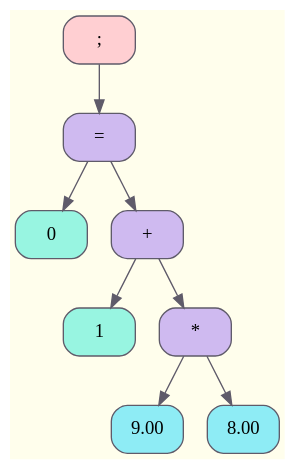
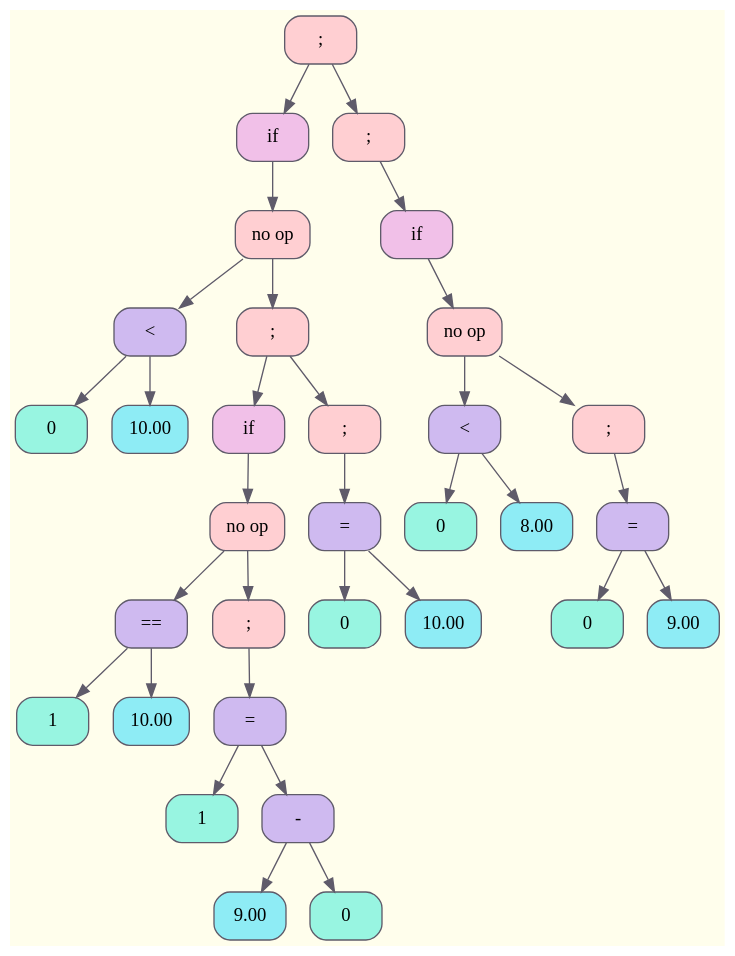
Before and after one commit to ksshkh/language: the diagram in debug/tree.dot, drawn with Graphviz. The commit also changed 8 other files, not shown here.

```diff
--- a/debug/tree.dot
+++ b/debug/tree.dot
@@ -1,21 +1,69 @@
 digraph Tree {
 	rankdir = TB;
 	node [shape = record];
 	edge [color = "#5F5B6A"];
 	bgcolor = "#FFFEEC";
-	node0x5e495266f750 [color = "#5F5B6A", shape = Mrecord, style = filled, fillcolor = "#FFCFD2", label = "{;}"];
-		node0x5e495266f750 -> node0x5e495266f780
-	node0x5e495266f780 [color = "#5F5B6A", shape = Mrecord, style = filled, fillcolor = "#CFBAF0", label = "{=}"];
-		node0x5e495266f780 -> node0x5e495266f7b0
-	node0x5e495266f7b0 [color = "#5F5B6A", shape = Mrecord, style = filled, fillcolor = "#98F5E1", label = "{0}"];
-		node0x5e495266f780 -> node0x5e495266f7e0
-	node0x5e495266f7e0 [color = "#5F5B6A", shape = Mrecord, style = filled, fillcolor = "#CFBAF0", label = "{+}"];
-		node0x5e495266f7e0 -> node0x5e495266f810
-	node0x5e495266f810 [color = "#5F5B6A", shape = Mrecord, style = filled, fillcolor = "#98F5E1", label = "{1}"];
-		node0x5e495266f7e0 -> node0x5e495266f840
-	node0x5e495266f840 [color = "#5F5B6A", shape = Mrecord, style = filled, fillcolor = "#CFBAF0", label = "{*}"];
-		node0x5e495266f840 -> node0x5e495266f870
-	node0x5e495266f870 [color = "#5F5B6A", shape = Mrecord, style = filled, fillcolor = "#8EECF5", label = "{9.00}"];
-		node0x5e495266f840 -> node0x5e495266f8a0
-	node0x5e495266f8a0 [color = "#5F5B6A", shape = Mrecord, style = filled, fillcolor = "#8EECF5", label = "{8.00}"];
+	node0x5e81530fff50 [color = "#5F5B6A", shape = Mrecord, style = filled, fillcolor = "#FFCFD2", label = "{;}"];
+		node0x5e81530fff50 -> node0x5e81530fff80
+	node0x5e81530fff80 [color = "#5F5B6A", shape = Mrecord, style = filled, fillcolor = "#F1C0E8", label = "{if}"];
+		node0x5e81530fff80 -> node0x5e81530fffb0
+	node0x5e81530fffb0 [color = "#5F5B6A", shape = Mrecord, style = filled, fillcolor = "#FFCFD2", label = "{no op}"];
+		node0x5e81530fffb0 -> node0x5e81530fffe0
+	node0x5e81530fffe0 [color = "#5F5B6A", shape = Mrecord, style = filled, fillcolor = "#CFBAF0", label = "{&lt;}"];
+		node0x5e81530fffe0 -> node0x5e8153100010
+	node0x5e8153100010 [color = "#5F5B6A", shape = Mrecord, style = filled, fillcolor = "#98F5E1", label = "{0}"];
+		node0x5e81530fffe0 -> node0x5e8153100040
+	node0x5e8153100040 [color = "#5F5B6A", shape = Mrecord, style = filled, fillcolor = "#8EECF5", label = "{10.00}"];
+		node0x5e81530fffb0 -> node0x5e8153100070
+	node0x5e8153100070 [color = "#5F5B6A", shape = Mrecord, style = filled, fillcolor = "#FFCFD2", label = "{;}"];
+		node0x5e8153100070 -> node0x5e81531000a0
+	node0x5e81531000a0 [color = "#5F5B6A", shape = Mrecord, style = filled, fillcolor = "#F1C0E8", label = "{if}"];
+		node0x5e81531000a0 -> node0x5e81531000d0
+	node0x5e81531000d0 [color = "#5F5B6A", shape = Mrecord, style = filled, fillcolor = "#FFCFD2", label = "{no op}"];
+		node0x5e81531000d0 -> node0x5e8153100100
+	node0x5e8153100100 [color = "#5F5B6A", shape = Mrecord, style = filled, fillcolor = "#CFBAF0", label = "{==}"];
+		node0x5e8153100100 -> node0x5e8153100130
+	node0x5e8153100130 [color = "#5F5B6A", shape = Mrecord, style = filled, fillcolor = "#98F5E1", label = "{1}"];
+		node0x5e8153100100 -> node0x5e8153100160
+	node0x5e8153100160 [color = "#5F5B6A", shape = Mrecord, style = filled, fillcolor = "#8EECF5", label = "{10.00}"];
+		node0x5e81531000d0 -> node0x5e8153100190
+	node0x5e8153100190 [color = "#5F5B6A", shape = Mrecord, style = filled, fillcolor = "#FFCFD2", label = "{;}"];
+		node0x5e8153100190 -> node0x5e81531001c0
+	node0x5e81531001c0 [color = "#5F5B6A", shape = Mrecord, style = filled, fillcolor = "#CFBAF0", label = "{=}"];
+		node0x5e81531001c0 -> node0x5e81531001f0
+	node0x5e81531001f0 [color = "#5F5B6A", shape = Mrecord, style = filled, fillcolor = "#98F5E1", label = "{1}"];
+		node0x5e81531001c0 -> node0x5e8153100220
+	node0x5e8153100220 [color = "#5F5B6A", shape = Mrecord, style = filled, fillcolor = "#CFBAF0", label = "{-}"];
+		node0x5e8153100220 -> node0x5e8153100250
+	node0x5e8153100250 [color = "#5F5B6A", shape = Mrecord, style = filled, fillcolor = "#8EECF5", label = "{9.00}"];
+		node0x5e8153100220 -> node0x5e8153100280
+	node0x5e8153100280 [color = "#5F5B6A", shape = Mrecord, style = filled, fillcolor = "#98F5E1", label = "{0}"];
+		node0x5e8153100070 -> node0x5e81531002b0
+	node0x5e81531002b0 [color = "#5F5B6A", shape = Mrecord, style = filled, fillcolor = "#FFCFD2", label = "{;}"];
+		node0x5e81531002b0 -> node0x5e81531002e0
+	node0x5e81531002e0 [color = "#5F5B6A", shape = Mrecord, style = filled, fillcolor = "#CFBAF0", label = "{=}"];
+		node0x5e81531002e0 -> node0x5e8153100310
+	node0x5e8153100310 [color = "#5F5B6A", shape = Mrecord, style = filled, fillcolor = "#98F5E1", label = "{0}"];
+		node0x5e81531002e0 -> node0x5e8153100340
+	node0x5e8153100340 [color = "#5F5B6A", shape = Mrecord, style = filled, fillcolor = "#8EECF5", label = "{10.00}"];
+		node0x5e81530fff50 -> node0x5e8153100370
+	node0x5e8153100370 [color = "#5F5B6A", shape = Mrecord, style = filled, fillcolor = "#FFCFD2", label = "{;}"];
+		node0x5e8153100370 -> node0x5e81531003a0
+	node0x5e81531003a0 [color = "#5F5B6A", shape = Mrecord, style = filled, fillcolor = "#F1C0E8", label = "{if}"];
+		node0x5e81531003a0 -> node0x5e81531003d0
+	node0x5e81531003d0 [color = "#5F5B6A", shape = Mrecord, style = filled, fillcolor = "#FFCFD2", label = "{no op}"];
+		node0x5e81531003d0 -> node0x5e8153100400
+	node0x5e8153100400 [color = "#5F5B6A", shape = Mrecord, style = filled, fillcolor = "#CFBAF0", label = "{&lt;}"];
+		node0x5e8153100400 -> node0x5e8153100430
+	node0x5e8153100430 [color = "#5F5B6A", shape = Mrecord, style = filled, fillcolor = "#98F5E1", label = "{0}"];
+		node0x5e8153100400 -> node0x5e8153100460
+	node0x5e8153100460 [color = "#5F5B6A", shape = Mrecord, style = filled, fillcolor = "#8EECF5", label = "{8.00}"];
+		node0x5e81531003d0 -> node0x5e8153100490
+	node0x5e8153100490 [color = "#5F5B6A", shape = Mrecord, style = filled, fillcolor = "#FFCFD2", label = "{;}"];
+		node0x5e8153100490 -> node0x5e81531004c0
+	node0x5e81531004c0 [color = "#5F5B6A", shape = Mrecord, style = filled, fillcolor = "#CFBAF0", label = "{=}"];
+		node0x5e81531004c0 -> node0x5e81531004f0
+	node0x5e81531004f0 [color = "#5F5B6A", shape = Mrecord, style = filled, fillcolor = "#98F5E1", label = "{0}"];
+		node0x5e81531004c0 -> node0x5e8153100520
+	node0x5e8153100520 [color = "#5F5B6A", shape = Mrecord, style = filled, fillcolor = "#8EECF5", label = "{9.00}"];
 }
```
